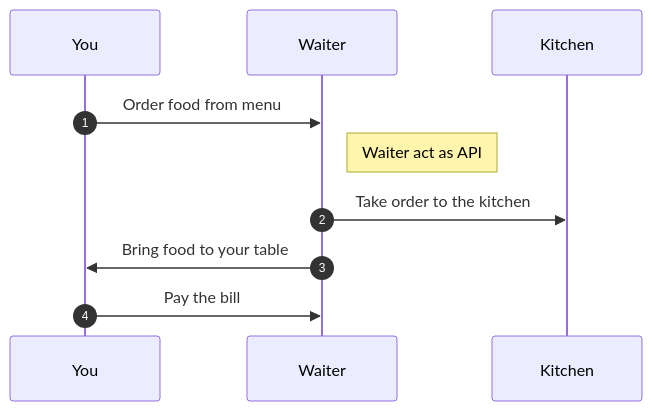
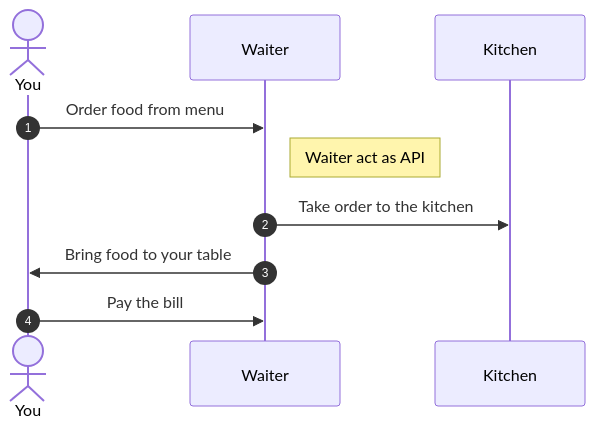
One commit to kushalsubedi/RESTframework changed the first of 3 diagrams in readme.md. Above: the diagram before and after it, drawn with Mermaid. The commit also changed other lines of this file and 8 other files, not shown here.

````diff
--- a/readme.md
+++ b/readme.md
@@ -12,14 +12,12 @@
-``` mermaid 
+```mermaid 
 sequenceDiagram
 autonumber
-participant A as You 
+actor A as You 
 participant  B as Waiter 
 participant D as Kitchen    
 A->>B: Order food from menu
 note right of B: Waiter act as API
 B->>D: Take order to the kitchen  
 B->>A: Bring food to your table
 A->>B: Pay the bill
-       
-
 ```
````
